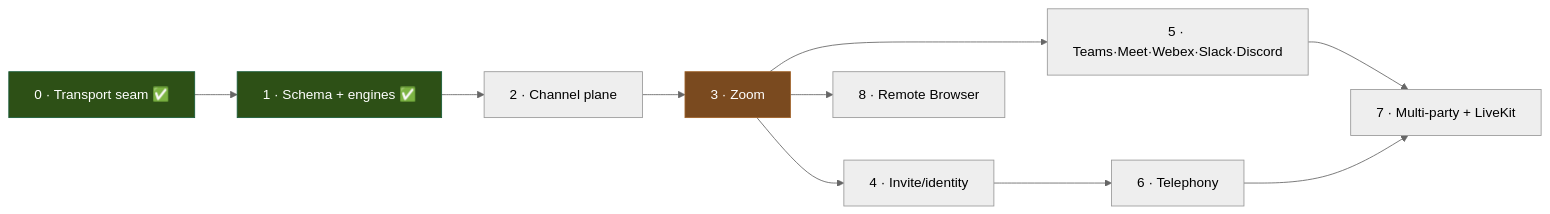
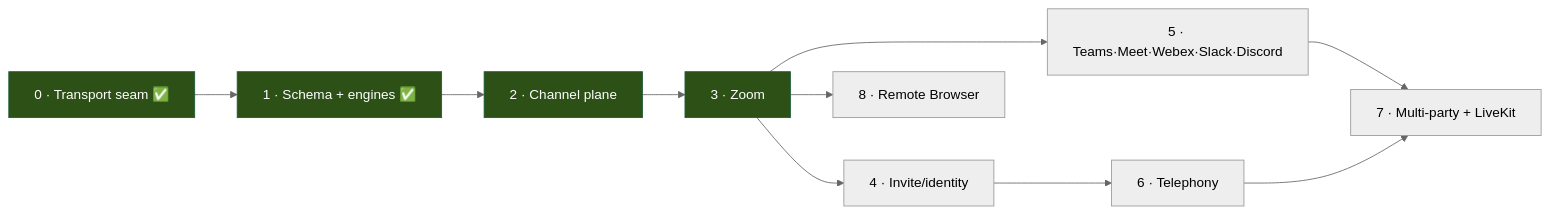
Before and after one commit to MemberJunction/MJ: the fifth of 5 diagrams in guides/REALTIME_BRIDGES_GUIDE.md, drawn with Mermaid (neutral theme). The commit also changed other lines of this file and 18 other files, not shown here.

````diff
--- a/guides/REALTIME_BRIDGES_GUIDE.md
+++ b/guides/REALTIME_BRIDGES_GUIDE.md
@@ -658,16 +712,17 @@
 ```mermaid
 graph LR
     P0["0 · Transport seam ✅"] --> P1["1 · Schema + engines ✅"]
     P1 --> P2["2 · Channel plane"]
     P2 --> P3["3 · Zoom"]
     P3 --> P4["4 · Invite/identity"]
     P3 --> P5["5 · Teams·Meet·Webex·Slack·Discord"]
     P4 --> P6["6 · Telephony"]
     P5 --> P7["7 · Multi-party + LiveKit"]
     P6 --> P7
     P3 --> P8["8 · Remote Browser"]
 
     style P0 fill:#2d5016,stroke:#1a5c3a,color:#fff
     style P1 fill:#2d5016,stroke:#1a5c3a,color:#fff
-    style P3 fill:#7a4a1f,stroke:#a0632a,color:#fff
+    style P2 fill:#2d5016,stroke:#1a5c3a,color:#fff
+    style P3 fill:#2d5016,stroke:#1a5c3a,color:#fff
 ```
````
